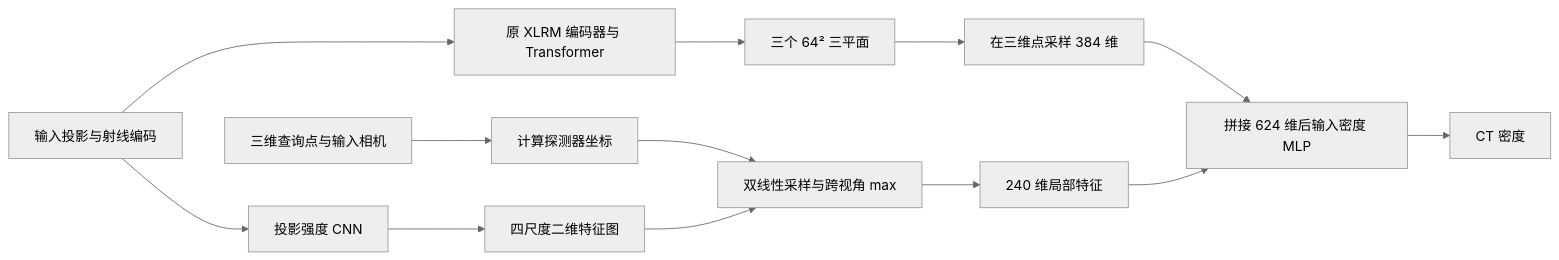
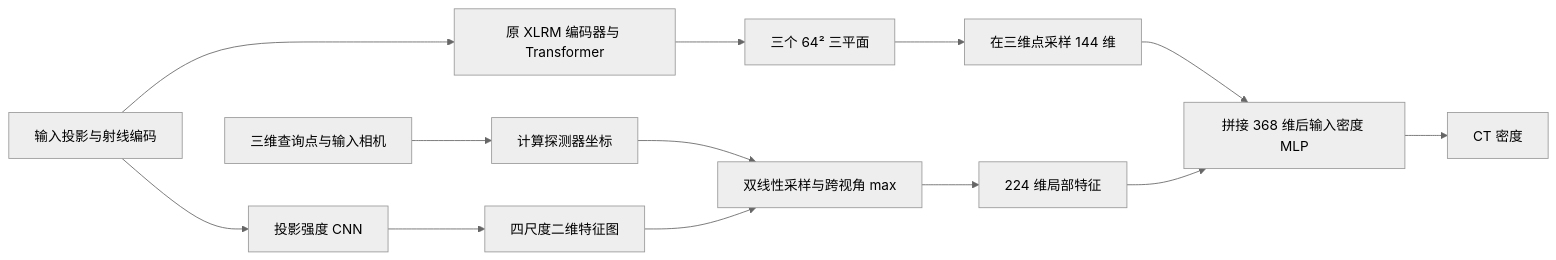
Before and after one commit to ChuyuWang949/X-LRM: the diagram in docs/REPROJECTION.md, drawn with Mermaid (neutral theme). The commit also changed other lines of this file and 4 other files, not shown here.

````diff
--- a/docs/REPROJECTION.md
+++ b/docs/REPROJECTION.md
@@ -5,15 +7,15 @@
 ```mermaid
 flowchart LR
     I[输入投影与射线编码] --> L[原 XLRM 编码器与 Transformer]
     L --> T[三个 64² 三平面]
-    T --> S[在三维点采样 384 维]
+    T --> S[在三维点采样 144 维]
     I --> C[投影强度 CNN]
     C --> F[四尺度二维特征图]
     P[三维查询点与输入相机] --> U[计算探测器坐标]
     U --> Q[双线性采样与跨视角 max]
     F --> Q
-    Q --> V[240 维局部特征]
-    S --> M[拼接 624 维后输入密度 MLP]
+    Q --> V[224 维局部特征]
+    S --> M[拼接 368 维后输入密度 MLP]
     V --> M
     M --> D[CT 密度]
 ```
````
